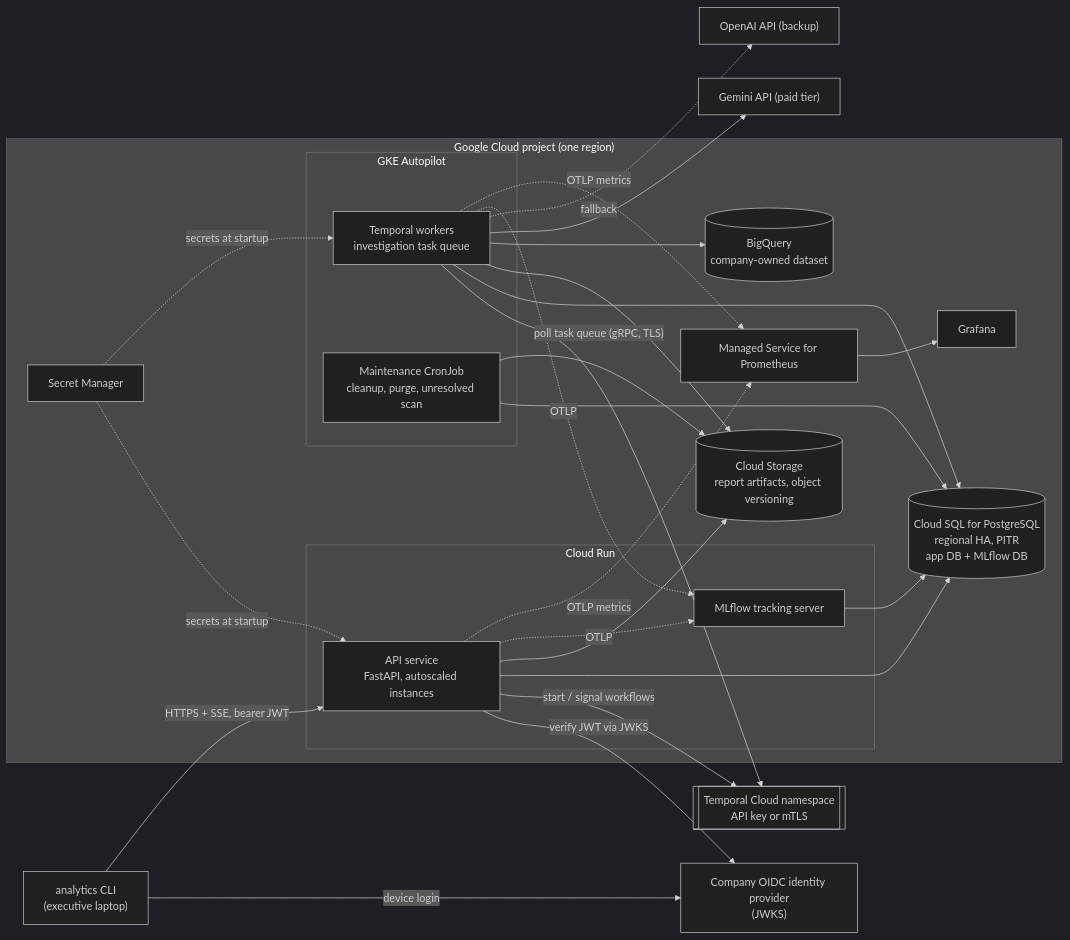
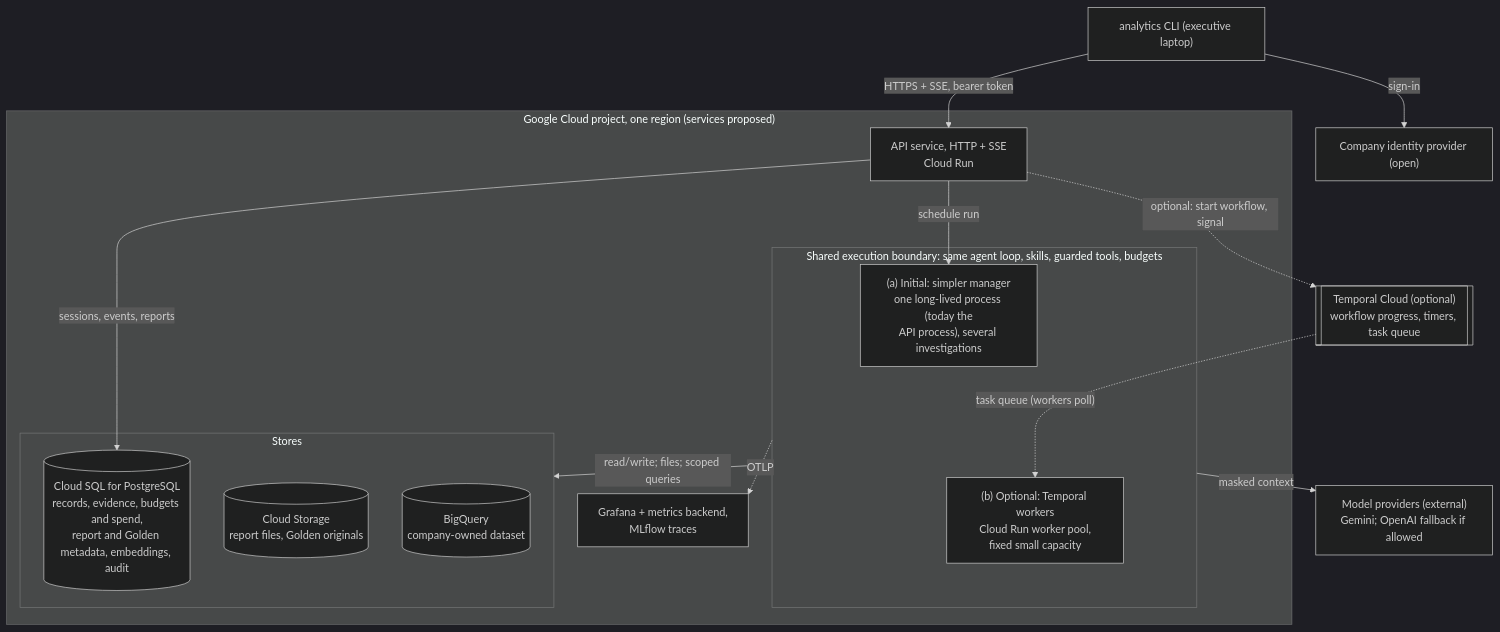
Before and after one commit to diego1q2w/retail-analytics-agent: the first of 2 diagrams in docs/architecture/production-deployment.md, drawn with Mermaid (dark theme). The commit also changed other lines of this file and 25 other files, not shown here.

Commit message:
T40-F1: reconcile setup and local and production architecture

````diff
--- a/docs/architecture/production-deployment.md
+++ b/docs/architecture/production-deployment.md
@@ -17,49 +85,32 @@
 ```mermaid
-flowchart LR
-    cli["analytics CLI<br/>(executive laptop)"]
-    idp["Company OIDC identity provider<br/>(JWKS)"]
+flowchart TB
+    cli["analytics CLI (executive laptop)"]
+    idp["Company identity provider (open)"]
+    cli -- "sign-in" --> idp
 
-    subgraph gcp["Google Cloud project (one region)"]
-        subgraph run["Cloud Run"]
-            api["API service<br/>FastAPI, autoscaled instances"]
-            mlflow["MLflow tracking server"]
+    subgraph gcp["Google Cloud project, one region (services proposed)"]
+        api["API service, HTTP + SSE<br/>Cloud Run"]
+        subgraph exec["Shared execution boundary: same agent loop, skills, guarded tools, budgets"]
+            simple["(a) Initial: simpler manager<br/>one long-lived process (today the<br/>API process), several investigations"]
+            workers["(b) Optional: Temporal workers<br/>Cloud Run worker pool,<br/>fixed small capacity"]
         end
-        subgraph gke["GKE Autopilot"]
-            workers["Temporal workers<br/>investigation task queue"]
-            cron["Maintenance CronJob<br/>cleanup, purge, unresolved scan"]
+        subgraph stores["Stores"]
+            sql[("Cloud SQL for PostgreSQL<br/>records, evidence, budgets and spend,<br/>report and Golden metadata, embeddings, audit")]
+            gcs[("Cloud Storage<br/>report files, Golden originals")]
+            bq[("BigQuery<br/>company-owned dataset")]
         end
-        sql[("Cloud SQL for PostgreSQL<br/>regional HA, PITR<br/>app DB + MLflow DB")]
-        gcs[("Cloud Storage<br/>report artifacts, object versioning")]
-        sm["Secret Manager"]
-        bq[("BigQuery<br/>company-owned dataset")]
-        gmp["Managed Service for Prometheus"]
-        grafana["Grafana"]
+        obs["Grafana + metrics backend,<br/>MLflow traces"]
     end
 
-    tc[["Temporal Cloud namespace<br/>API key or mTLS"]]
-    gemini["Gemini API (paid tier)"]
-    openai["OpenAI API (backup)"]
+    tc[["Temporal Cloud (optional)<br/>workflow progress, timers, task queue"]]
+    llm["Model providers (external)<br/>Gemini; OpenAI fallback if allowed"]
 
-    cli -- "device login" --> idp
-    cli -- "HTTPS + SSE, bearer JWT" --> api
-    api -- "verify JWT via JWKS" --> idp
-    api -- "start / signal workflows" --> tc
-    workers -- "poll task queue (gRPC, TLS)" --> tc
-    api --> sql
-    workers --> sql
-    workers --> gcs
-    api --> gcs
-    workers --> bq
-    workers --> gemini
-    workers -. "fallback" .-> openai
-    cron --> sql
-    cron --> gcs
-    api -. "OTLP" .-> mlflow
-    workers -. "OTLP" .-> mlflow
-    api -. "OTLP metrics" .-> gmp
-    workers -. "OTLP metrics" .-> gmp
-    gmp --> grafana
-    mlflow --> sql
-    sm -. "secrets at startup" .-> api
-    sm -. "secrets at startup" .-> workers
+    cli -- "HTTPS + SSE, bearer token" --> api
+    api -- "schedule run" --> simple
+    api -. "optional: start workflow, signal" .-> tc
+    tc -. "task queue (workers poll)" .-> workers
+    api -- "sessions, events, reports" --> sql
+    exec -- "read/write; files; scoped queries" --> stores
+    exec -- "masked context" --> llm
+    exec -. "OTLP" .-> obs
 ```
````
